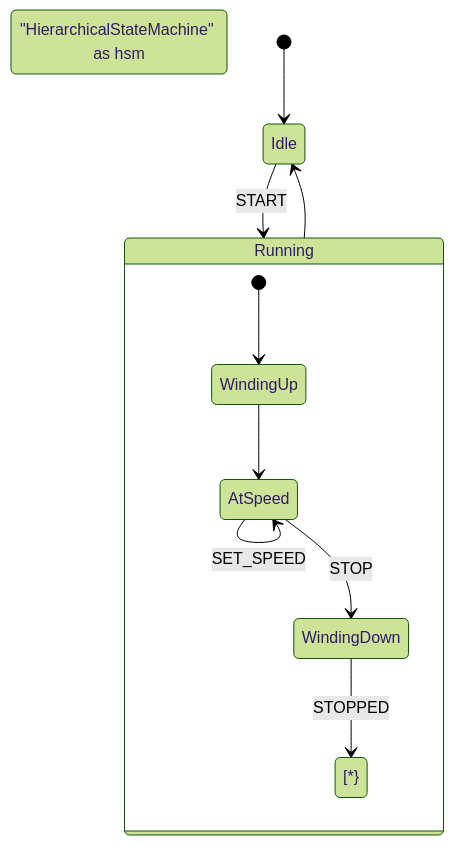
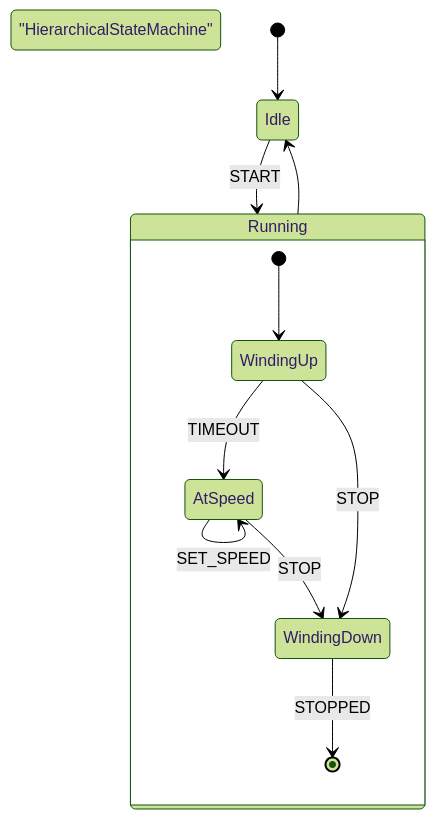
The diagram in EmbeddedTemplateLibrary/Example_5_HierarchicalStateMachine/README.md (fletchjp/StateMachine), drawn with Mermaid (forest theme) before and after one commit.

Commit message:
Update README.md
Build diagram

````diff
--- a/EmbeddedTemplateLibrary/Example_5_HierarchicalStateMachine/README.md
+++ b/EmbeddedTemplateLibrary/Example_5_HierarchicalStateMachine/README.md
@@ -9,14 +9,15 @@
 ```mermaid
 stateDiagram-v2
-   state: "HierarchicalStateMachine" as hsm
+   state: "HierarchicalStateMachine"
    [*] --> Idle
    Idle --> Running : START
    state Running {
    [*] --> WindingUp
-   WindingUp --> AtSpeed
+   WindingUp --> AtSpeed  : TIMEOUT
+   WindingUp --> WindingDown  : STOP
    AtSpeed--> WindingDown : STOP
    AtSpeed --> AtSpeed : SET_SPEED
-   WindingDown --> [*} : STOPPED
+   WindingDown --> [*] : STOPPED
    }
    Running --> Idle
 ```
````
